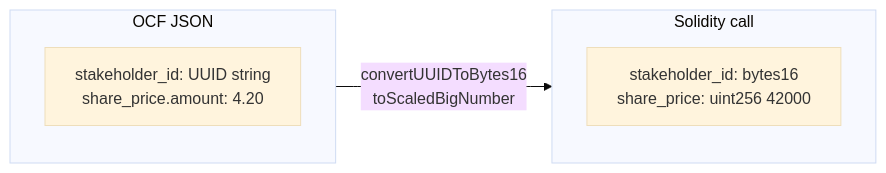
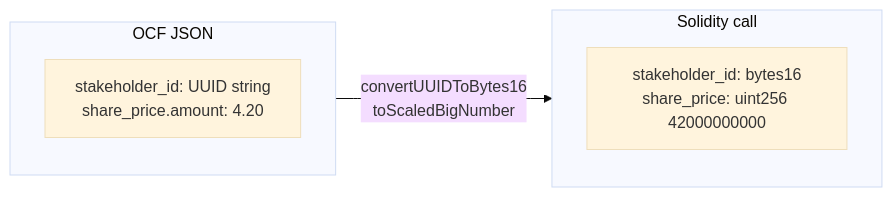
One commit to transfer-agent-protocol/tap-cap-table changed the second of 3 diagrams in docs/src/pages/api-reference/controllers.mdx. Above: the diagram before and after it, drawn with Mermaid (base theme). The commit also changed other lines of this file and 8 other files, not shown here.

````diff
--- a/docs/src/pages/api-reference/controllers.mdx
+++ b/docs/src/pages/api-reference/controllers.mdx
@@ -22,10 +22,10 @@
 ```mermaid
 flowchart LR
     subgraph OCF["OCF JSON"]
         A["stakeholder_id: UUID string<br/>share_price.amount: 4.20"]
     end
     subgraph SOL["Solidity call"]
-        B["stakeholder_id: bytes16<br/>share_price: uint256 42000"]
+        B["stakeholder_id: bytes16<br/>share_price: uint256 42000000000"]
     end
     OCF -- "convertUUIDToBytes16<br/>toScaledBigNumber" --> SOL
 ```
````
